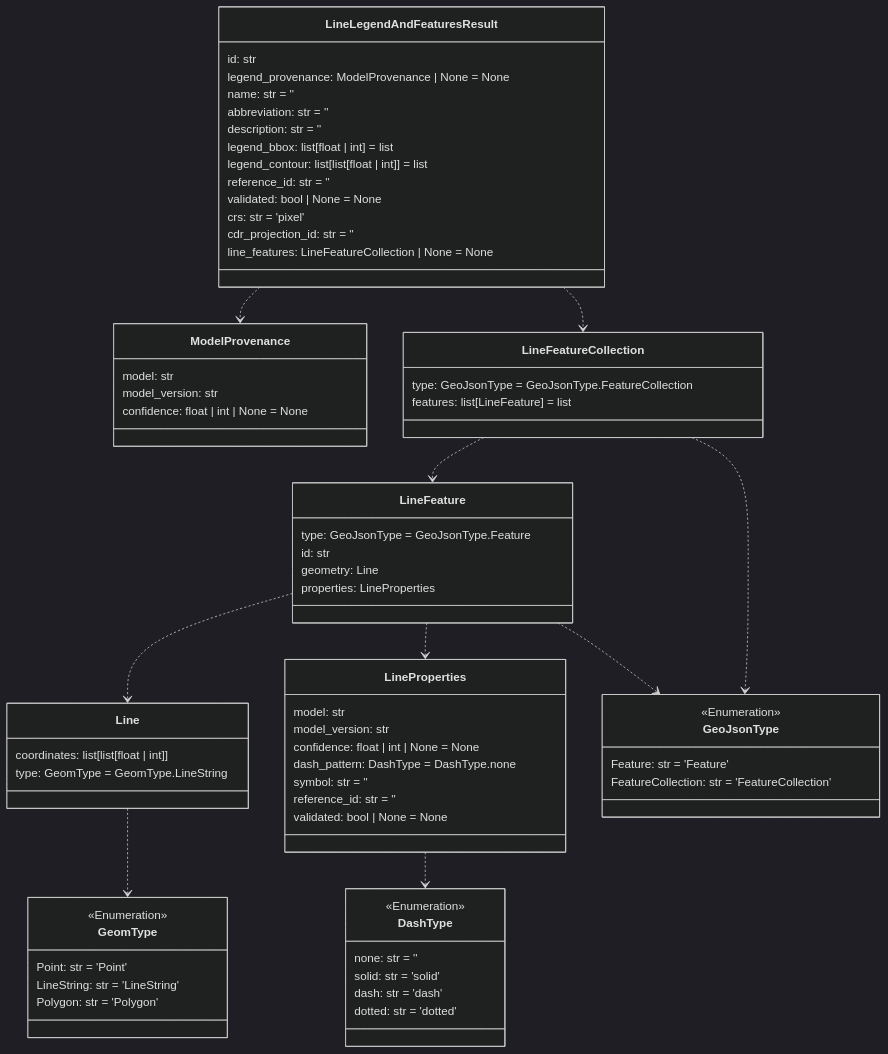
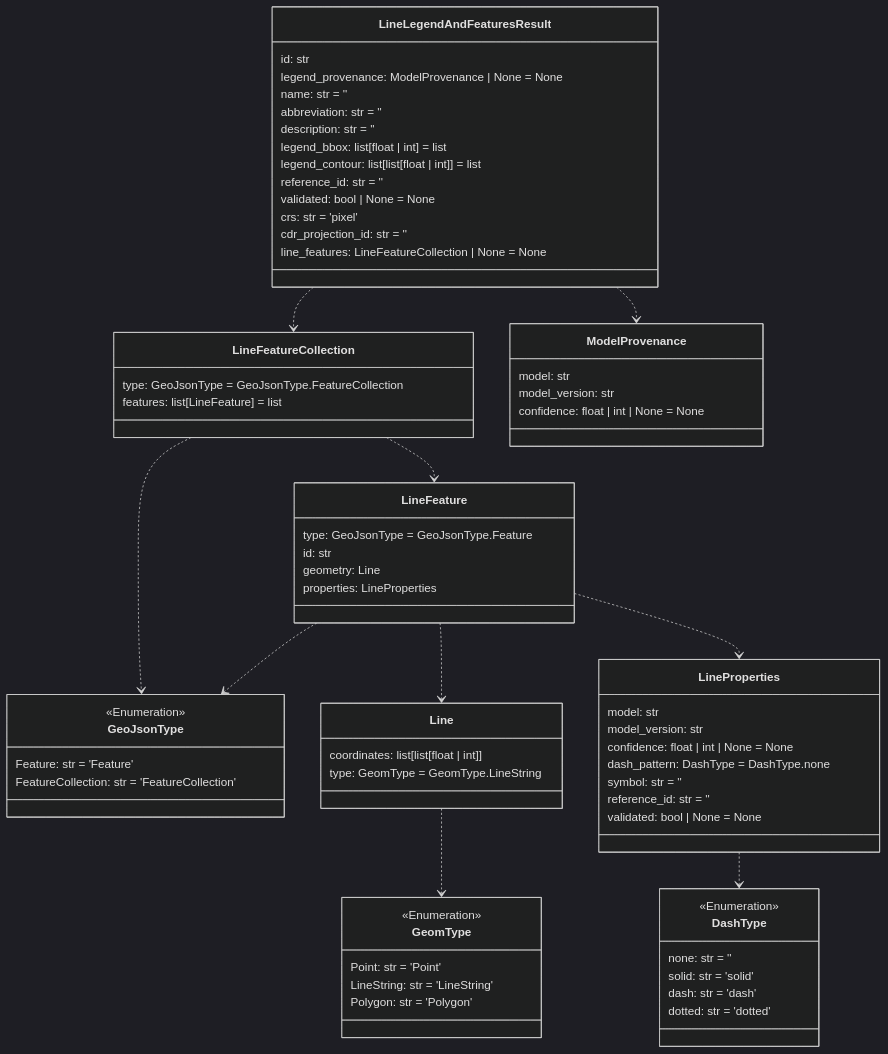
One commit to DARPA-CRITICALMAAS/cdr_schemas changed the sixth of 14 diagrams in README.md. Above: the diagram before and after it, drawn with Mermaid (dark theme). The commit also changed other lines of this file and 2 other files, not shown here.

First line of the commit message:
minimal RFUserOptions for baseline RandomForestClassifier model (#61)

````diff
--- a/README.md
+++ b/README.md
@@ -452,84 +452,84 @@
 ```mermaid
 classDiagram
+
+    class GeoJsonType {
+        <<Enumeration>>
+        Feature: str = 'Feature'
+        FeatureCollection: str = 'FeatureCollection'
+    }
 
     class GeomType {
         <<Enumeration>>
         Point: str = 'Point'
         LineString: str = 'LineString'
         Polygon: str = 'Polygon'
     }
 
+    class LineFeatureCollection {
+        type: GeoJsonType = GeoJsonType.FeatureCollection
+        features: list[LineFeature] = list
+    }
+
     class DashType {
         <<Enumeration>>
         none: str = ''
         solid: str = 'solid'
         dash: str = 'dash'
         dotted: str = 'dotted'
-    }
-
-    class GeoJsonType {
-        <<Enumeration>>
-        Feature: str = 'Feature'
-        FeatureCollection: str = 'FeatureCollection'
-    }
-
-    class LineLegendAndFeaturesResult {
-        id: str
-        legend_provenance: ModelProvenance | None = None
-        name: str = ''
-        abbreviation: str = ''
-        description: str = ''
-        legend_bbox: list[float | int] = list
-        legend_contour: list[list[float | int]] = list
-        reference_id: str = ''
-        validated: bool | None = None
-        crs: str = 'pixel'
-        cdr_projection_id: str = ''
-        line_features: LineFeatureCollection | None = None
-    }
-
-    class ModelProvenance {
-        model: str
-        model_version: str
-        confidence: float | int | None = None
-    }
-
-    class LineFeatureCollection {
-        type: GeoJsonType = GeoJsonType.FeatureCollection
-        features: list[LineFeature] = list
     }
 
     class LineProperties {
         model: str
         model_version: str
         confidence: float | int | None = None
         dash_pattern: DashType = DashType.none
         symbol: str = ''
         reference_id: str = ''
         validated: bool | None = None
     }
 
     class LineFeature {
         type: GeoJsonType = GeoJsonType.Feature
         id: str
         geometry: Line
         properties: LineProperties
     }
 
     class Line {
         coordinates: list[list[float | int]]
         type: GeomType = GeomType.LineString
     }
 
+    class LineLegendAndFeaturesResult {
+        id: str
+        legend_provenance: ModelProvenance | None = None
+        name: str = ''
+        abbreviation: str = ''
+        description: str = ''
+        legend_bbox: list[float | int] = list
+        legend_contour: list[list[float | int]] = list
+        reference_id: str = ''
+        validated: bool | None = None
+        crs: str = 'pixel'
+        cdr_projection_id: str = ''
+        line_features: LineFeatureCollection | None = None
+    }
+
+    class ModelProvenance {
+        model: str
+        model_version: str
+        confidence: float | int | None = None
+    }
+
     Line ..> GeomType
     LineProperties ..> DashType
     LineFeature ..> Line
+    LineFeature ..> GeoJsonType
     LineFeature ..> LineProperties
-    LineFeature ..> GeoJsonType
     LineFeatureCollection ..> LineFeature
     LineFeatureCollection ..> GeoJsonType
+    LineLegendAndFeaturesResult ..> LineFeatureCollection
     LineLegendAndFeaturesResult ..> ModelProvenance
-    LineLegendAndFeaturesResult ..> LineFeatureCollection
 
 
 ```
````
